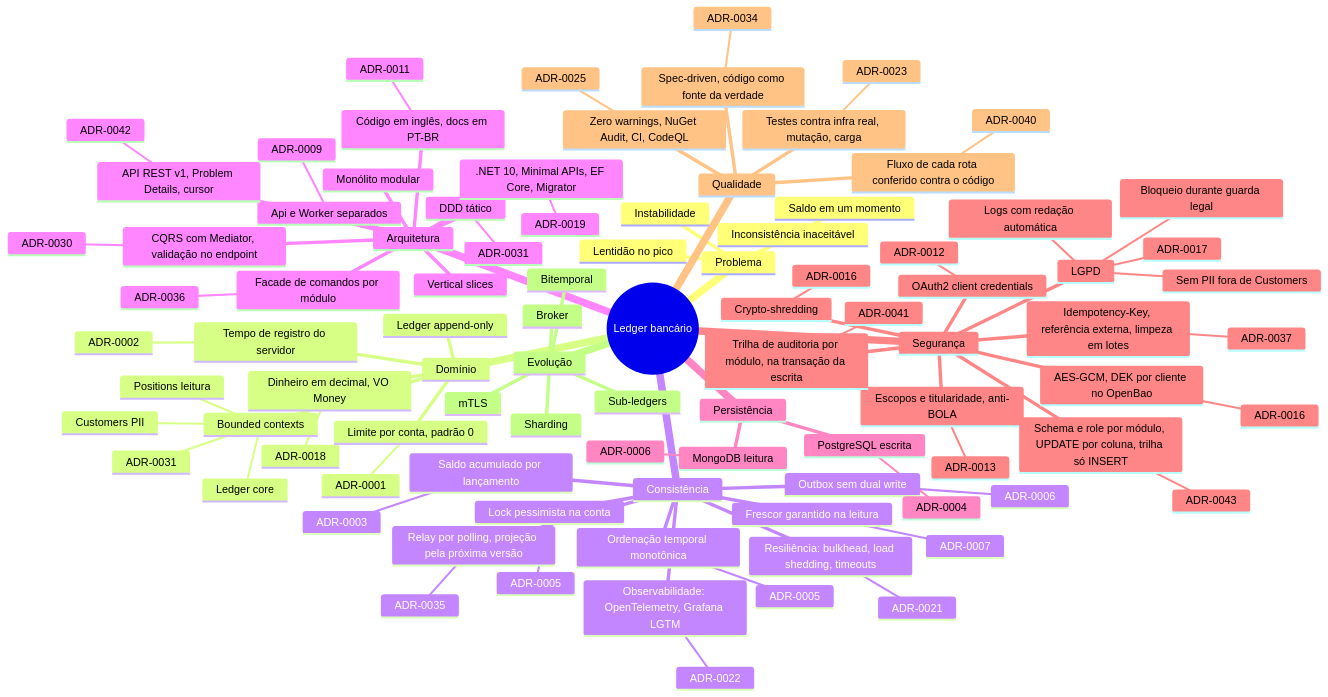
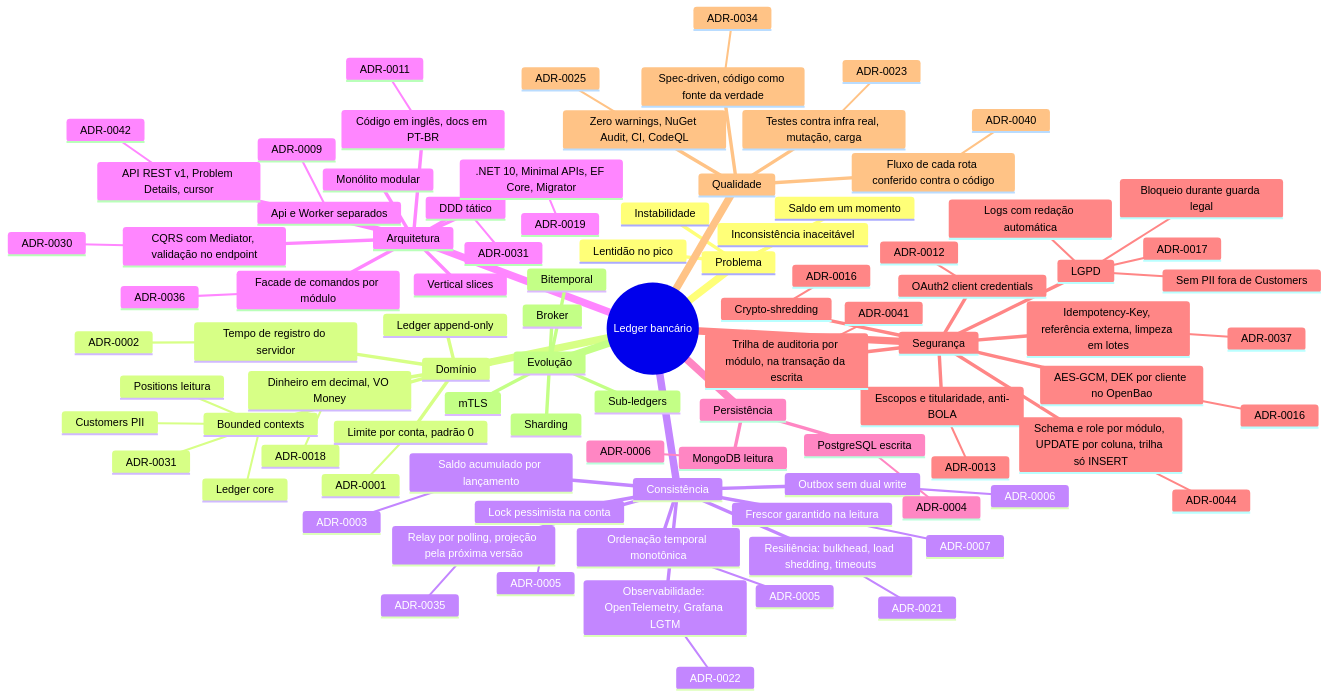
Before and after one commit to arthuurw/desafio-arquiteto-keyrus: the first of 2 diagrams in docs/mapa-de-decisoes.md, drawn with Mermaid. The commit also changed other lines of this file and 31 other files, not shown here.

```diff
--- a/docs/mapa-de-decisoes.md
+++ b/docs/mapa-de-decisoes.md
@@ -89,7 +89,7 @@
       Idempotency-Key, referência externa, limpeza em lotes
         ADR-0037
       Schema e role por módulo, UPDATE por coluna, trilha só INSERT
-        ADR-0043
+        ADR-0044
       Trilha de auditoria por módulo, na transação da escrita
         ADR-0041
       AES-GCM, DEK por cliente no OpenBao
```
